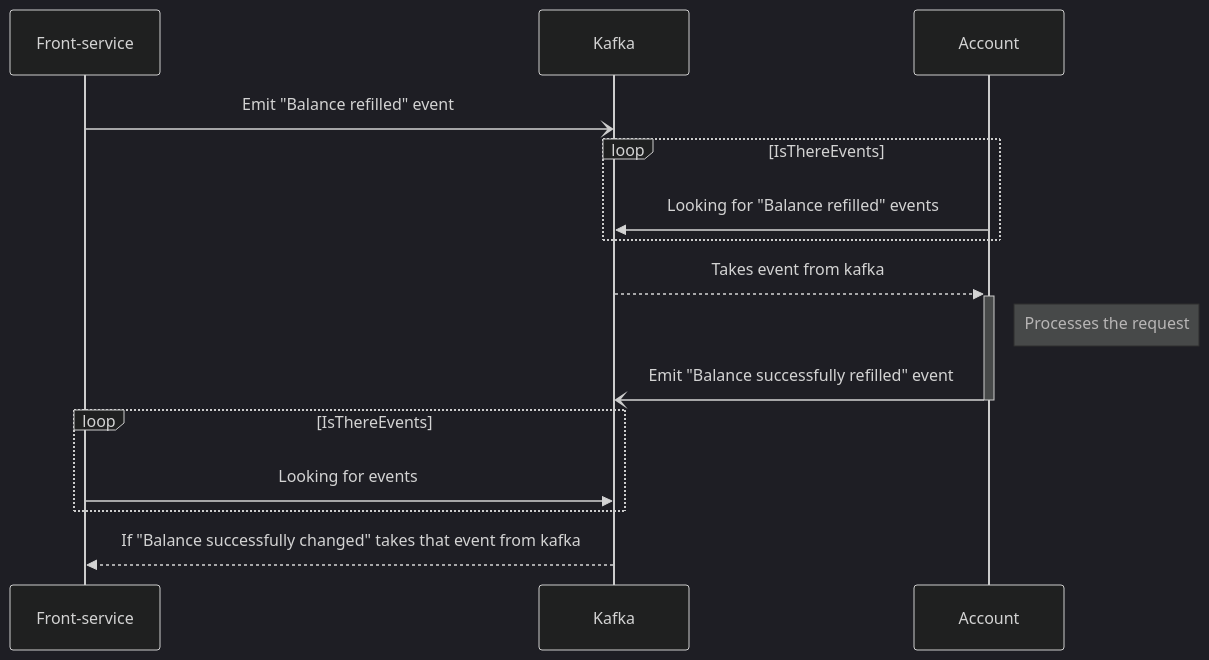
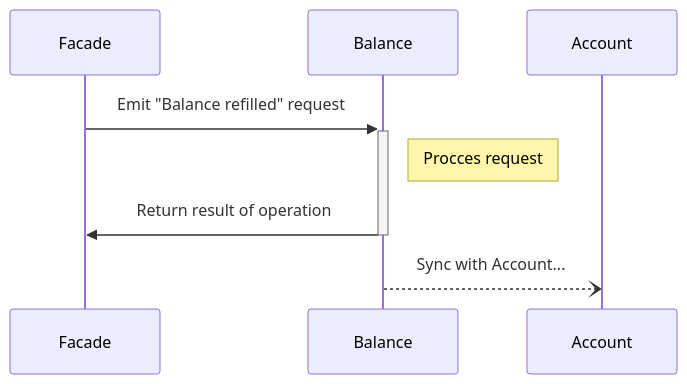
The diagram in doc/0002-adr-account-refill.md (epershinaass/exchange_typescript), drawn with Mermaid before and after one commit. The commit also changed other lines of this file, not shown here.

Commit message:
docs: update ADR for account refill

````diff
--- a/doc/0002-adr-account-refill.md
+++ b/doc/0002-adr-account-refill.md
@@ -25,18 +26,10 @@
 ```mermaid
-%%{init: {'theme': 'dark', 'themeVariables': { 'primaryColor': '#ff0000'}} }%%
 sequenceDiagram
-participant F as Front-service;
-participant K as Kafka;
-participant A as Account;
-    F-)K: Emit "Balance refilled" event
-    loop IsThereEvents
-        A->>K: Looking for "Balance refilled" events
-    end
-    K-->>+A: Takes event from kafka
-    Note right of A: Processes the request
-    A-)-K: Emit "Balance successfully refilled" event
-    loop IsThereEvents
-        F->>K: Looking for events
-  end
-    K-->>F: If "Balance successfully changed" takes that event from kafka
+participant F as Facade
+participant B as Balance
+participant A as Account
+  F->>+B: Emit "Balance refilled" request
+  Note right of B: Procces request
+  B->>-F: Return result of operation
+  B--)A: Sync with Account...
 ```
````
